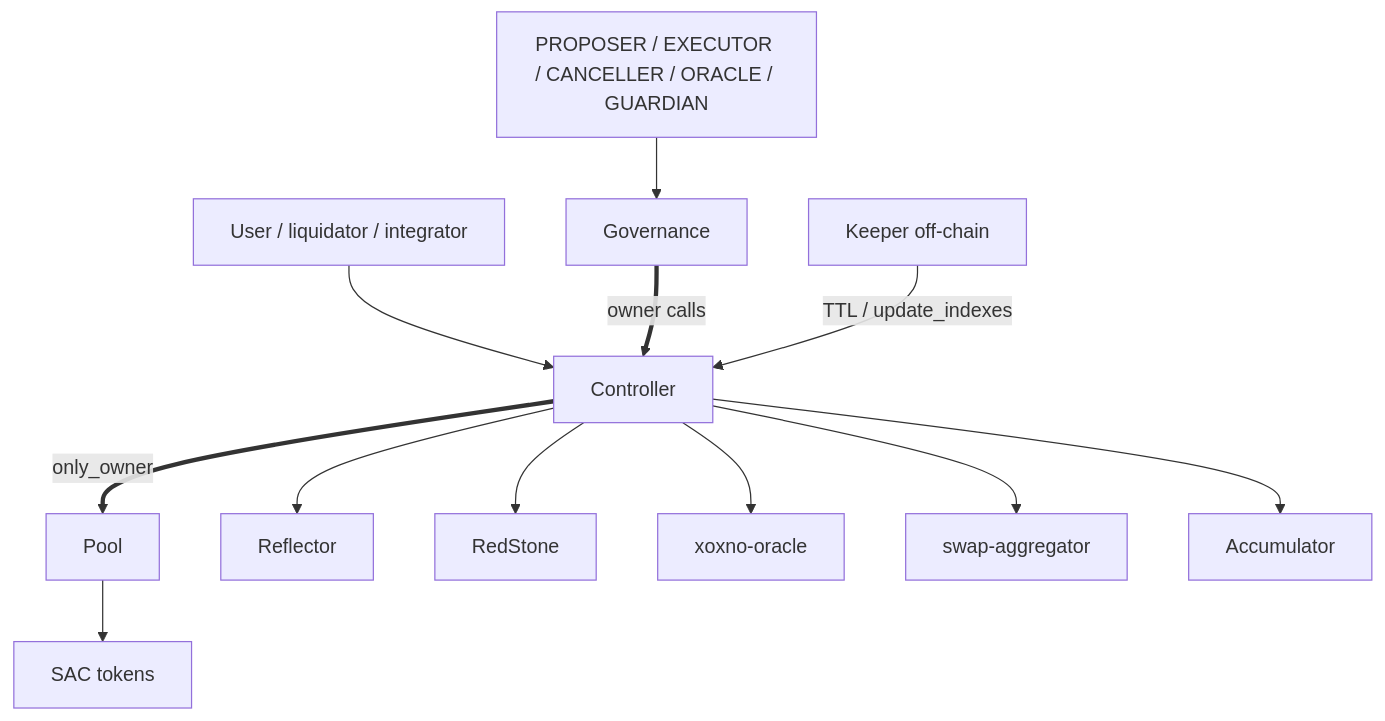
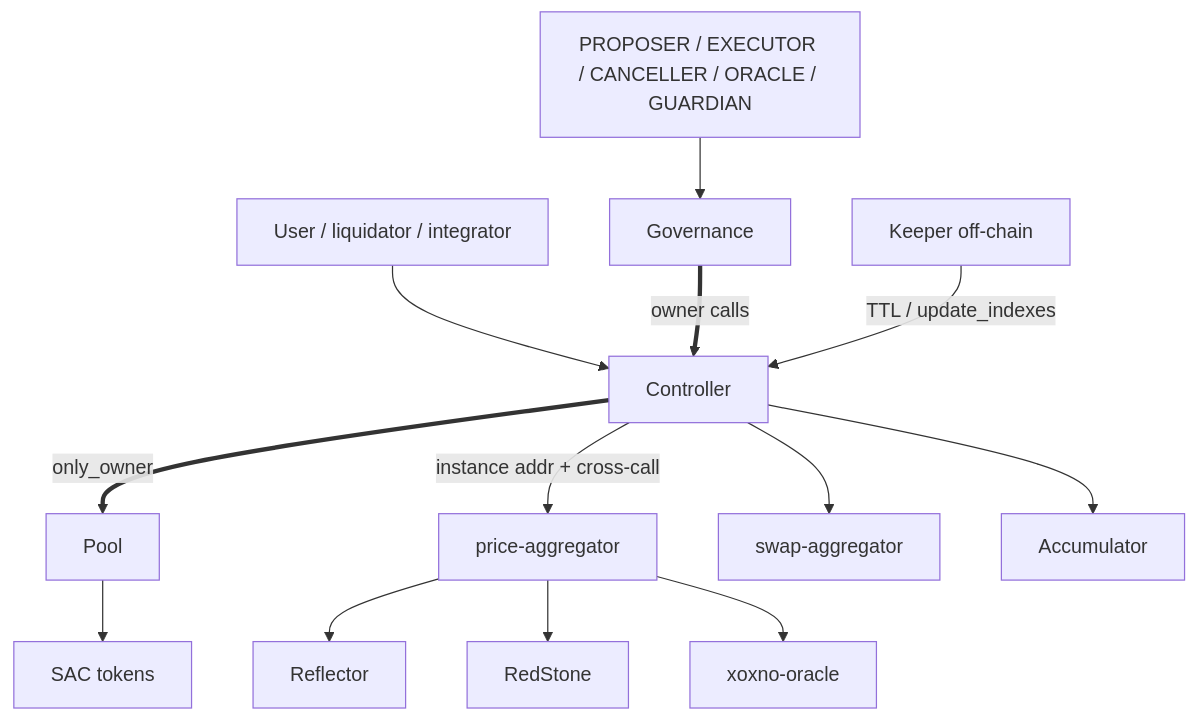
The diagram in docs/reference/architecture.md (XOXNO/rs-lending-xlm), drawn with Mermaid before and after one commit. The commit also changed other lines of this file and 7 other files, not shown here.

First line of the commit message:
docs: move AssetOracle ownership to price-aggregator in architecture docs

````diff
--- a/docs/reference/architecture.md
+++ b/docs/reference/architecture.md
@@ -43,15 +46,16 @@
 ```mermaid
 flowchart TB
     User["User / liquidator / integrator"] --> Controller["Controller"]
     Governance["Governance"] ==>|"owner calls"| Controller
     GovRoles["PROPOSER / EXECUTOR / CANCELLER / ORACLE / GUARDIAN"] --> Governance
     Keeper["Keeper off-chain"] -->|"TTL / update_indexes"| Controller
 
     Controller ==>|"only_owner"| Pool["Pool"]
-    Controller --> Reflector["Reflector"]
-    Controller --> RedStone["RedStone"]
-    Controller --> Xoxno["xoxno-oracle"]
+    Controller -->|"instance addr + cross-call"| PriceAgg["price-aggregator"]
+    PriceAgg --> Reflector["Reflector"]
+    PriceAgg --> RedStone["RedStone"]
+    PriceAgg --> Xoxno["xoxno-oracle"]
     Controller --> Router["swap-aggregator"]
     Controller --> Accumulator["Accumulator"]
     Pool --> Tokens["SAC tokens"]
 ```
````
